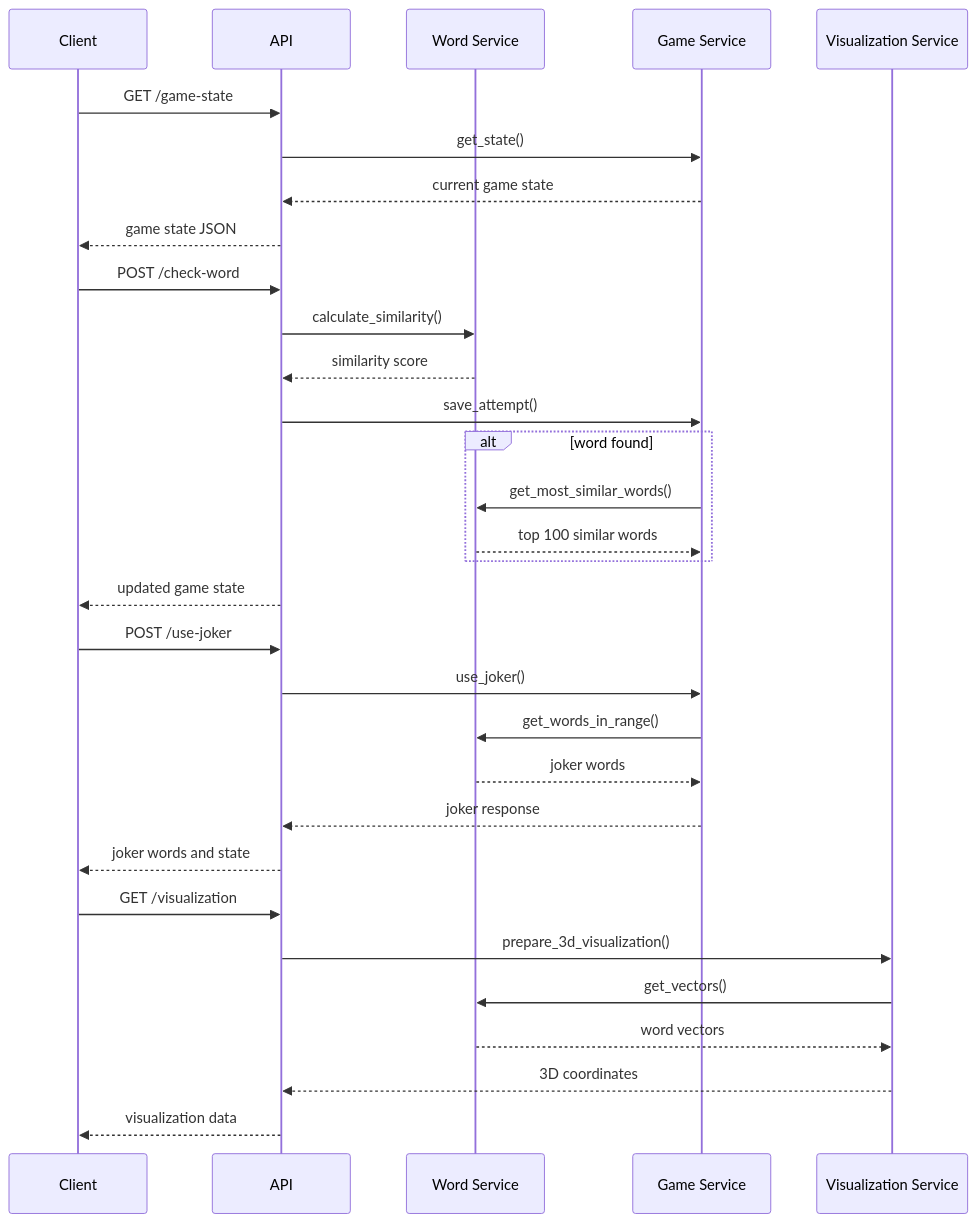
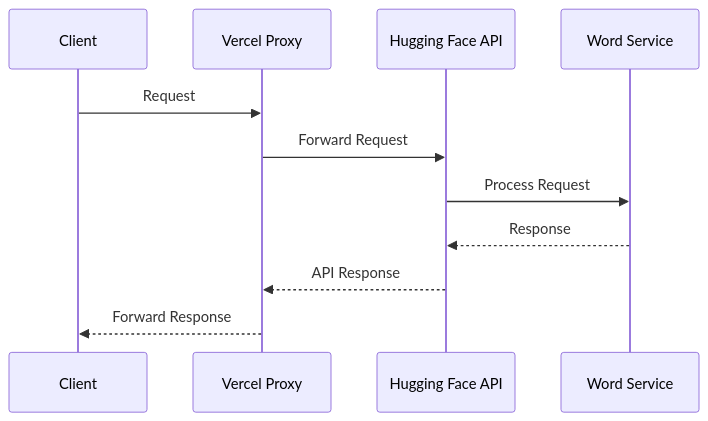
The second of 2 diagrams in description.md (MattMindQ/semantix_like), drawn with Mermaid before and after one commit. The commit also changed other lines of this file and 10 other files, not shown here.

````diff
--- a/description.md
+++ b/description.md
@@ -37,37 +41,14 @@
 ```mermaid
 sequenceDiagram
     participant C as Client
-    participant A as API
+    participant V as Vercel Proxy
+    participant H as Hugging Face API
     participant W as Word Service
-    participant G as Game Service
-    participant V as Visualization Service
     
-    C->>A: GET /game-state
-    A->>G: get_state()
-    G-->>A: current game state
-    A-->>C: game state JSON
-    
-    C->>A: POST /check-word
-    A->>W: calculate_similarity()
-    W-->>A: similarity score
-    A->>G: save_attempt()
-    alt word found
-        G->>W: get_most_similar_words()
-        W-->>G: top 100 similar words
-    end
-    A-->>C: updated game state
-    
-    C->>A: POST /use-joker
-    A->>G: use_joker()
-    G->>W: get_words_in_range()
-    W-->>G: joker words
-    G-->>A: joker response
-    A-->>C: joker words and state
-    
-    C->>A: GET /visualization
-    A->>V: prepare_3d_visualization()
-    V->>W: get_vectors()
-    W-->>V: word vectors
-    V-->>A: 3D coordinates
-    A-->>C: visualization data
+    C->>V: Request
+    V->>H: Forward Request
+    H->>W: Process Request
+    W-->>H: Response
+    H-->>V: API Response
+    V-->>C: Forward Response
 ```
````
